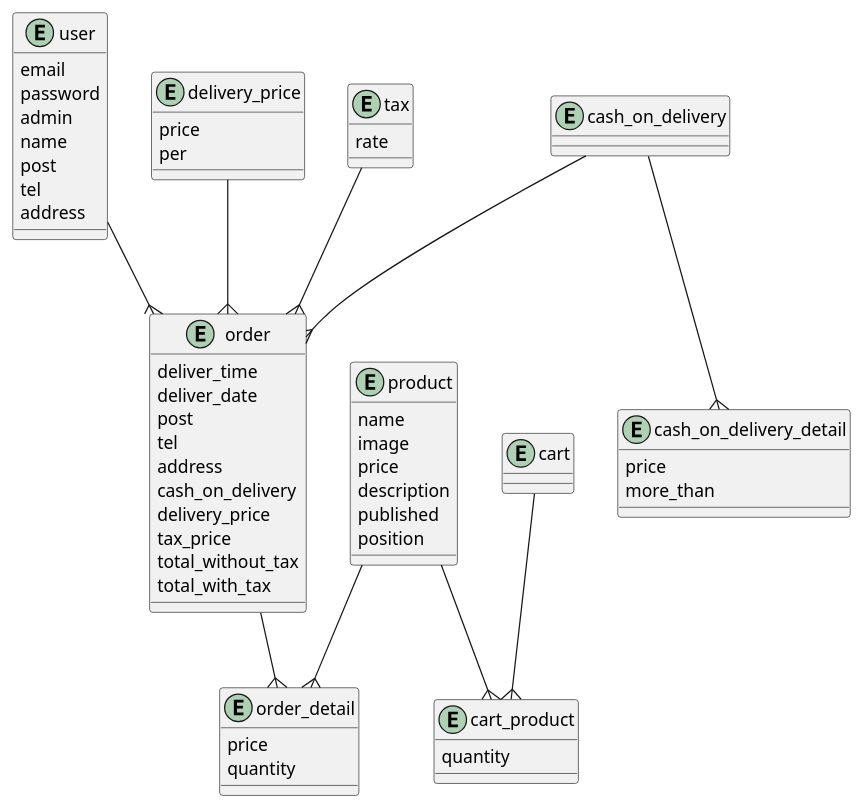
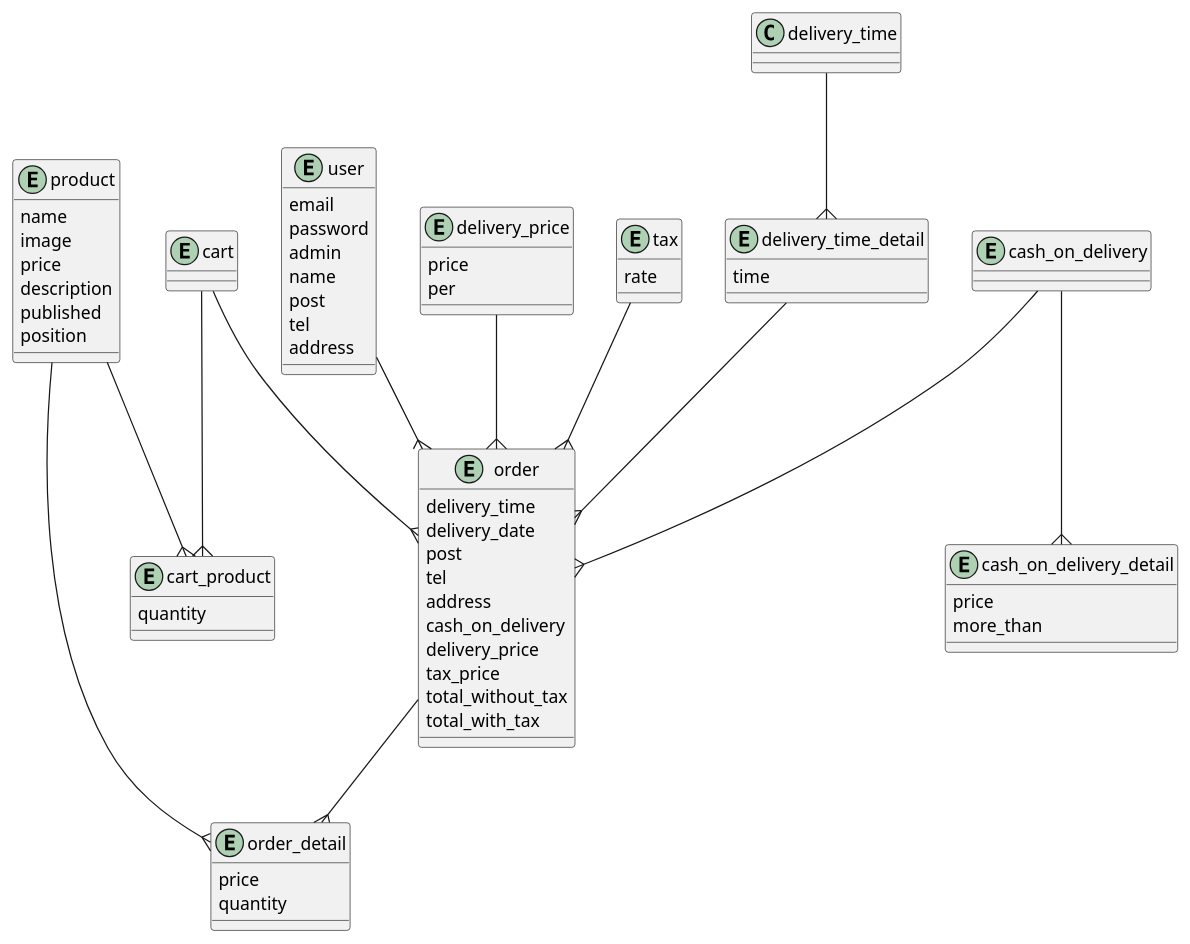
One commit to kenchiki/rails-example-ec2 changed the diagram in er.puml. Above: the diagram before and after it, drawn with PlantUML. The commit also changed 72 other files, not shown here.

```diff
--- a/er.puml
+++ b/er.puml
@@ -1,74 +1,81 @@
 @startuml
 
 entity "user" {
   email
   password
   admin
   name
   post
   tel
   address
 }
 
 entity "cash_on_delivery_detail" {
   price
   more_than
 }
 
 entity "cash_on_delivery" {
 }
 
 entity "delivery_price" {
   price
   per
 }
 
 entity "tax" {
   rate
 }
 
 entity "cart" {
 }
 
 entity "cart_product" {
   quantity
 }
 
 entity "order" {
-  deliver_time
-  deliver_date
+  delivery_time
+  delivery_date
   post
   tel
   address
   cash_on_delivery
   delivery_price
   tax_price
   total_without_tax
   total_with_tax
 }
 
 entity "order_detail" {
   price
   quantity
+}
+
+entity "delivery_time_detail" {
+  time
 }
 
 entity "product" {
   name
   image
   price
   description
   published
   position
 }
 
 cash_on_delivery--{cash_on_delivery_detail
 tax--{order
 cart--{cart_product
 delivery_price--{order
 product--{cart_product
 cash_on_delivery--{order
 user--{order
 order--{order_detail
+delivery_time_detail--{order
+delivery_time--{delivery_time_detail
 product--{order_detail
+cart--{order
 
 @enduml
```
